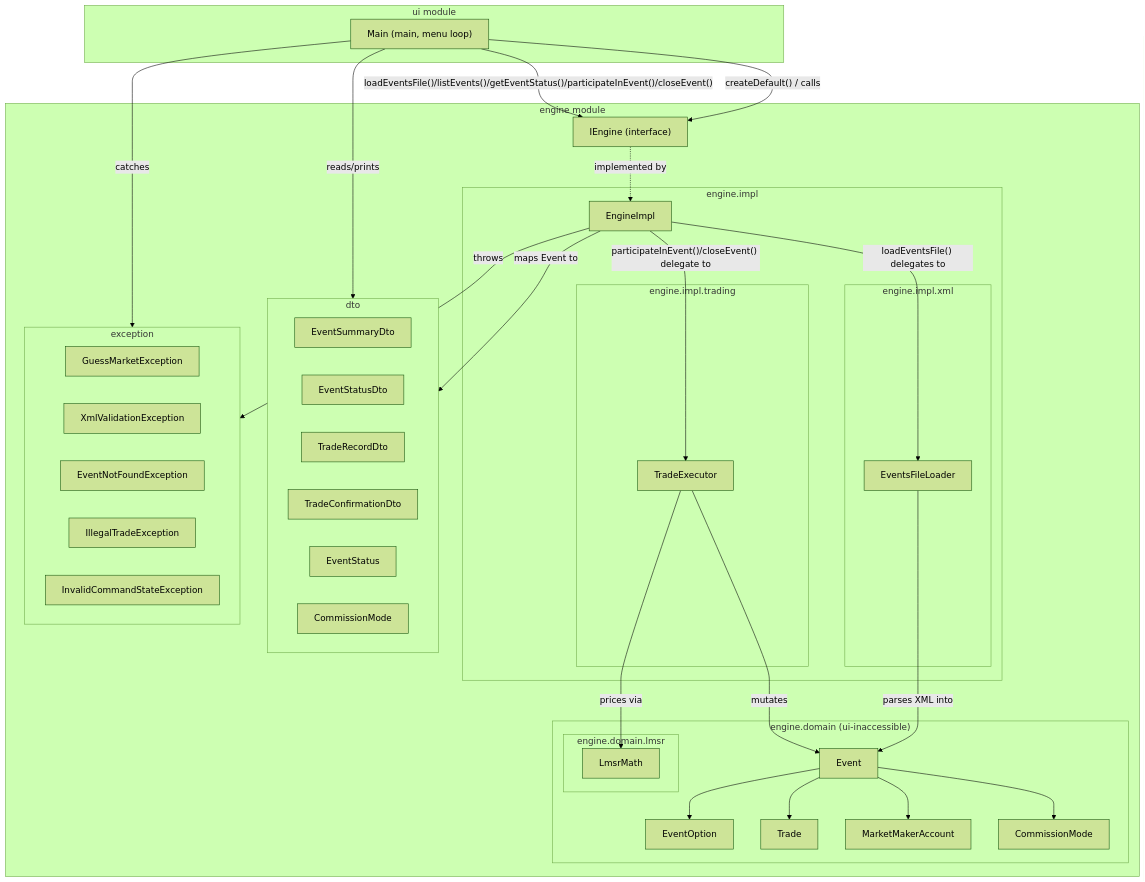
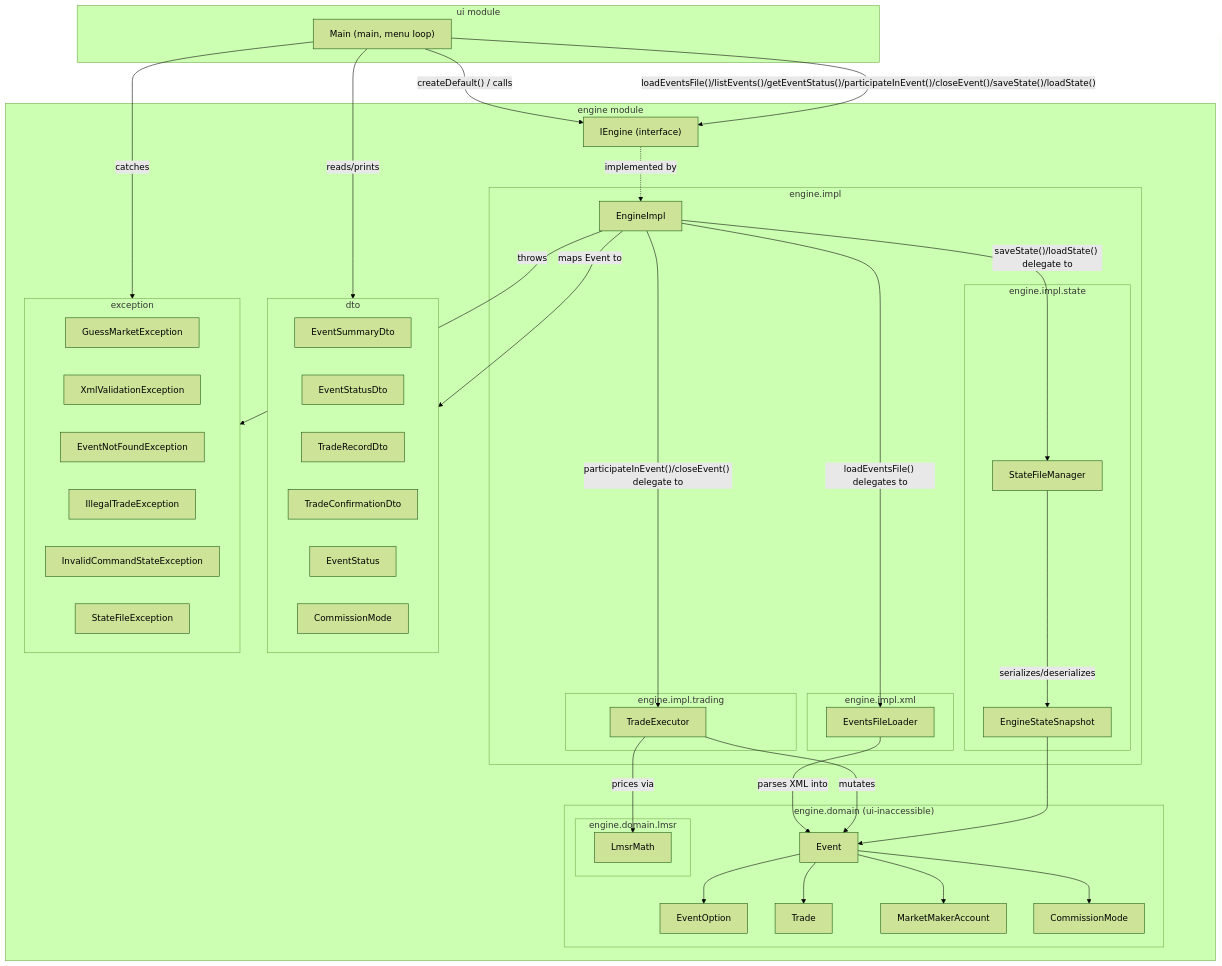
One commit to paz-levi/GuessMarket changed the diagram in ARCHITECTURE.md. Above: the diagram before and after it, drawn with Mermaid (forest theme). The commit also changed other lines of this file and 10 other files, not shown here.

````diff
--- a/ARCHITECTURE.md
+++ b/ARCHITECTURE.md
@@ -6,65 +6,73 @@
 ```mermaid
 flowchart TD
     subgraph UI["ui module"]
         Main["Main (main, menu loop)"]
     end
 
     subgraph ENGINE["engine module"]
         IEngine["IEngine (interface)"]
 
         subgraph IMPL["engine.impl"]
             EngineImpl["EngineImpl"]
             subgraph XML["engine.impl.xml"]
                 EventsFileLoader["EventsFileLoader"]
             end
             subgraph TRADING["engine.impl.trading"]
                 TradeExecutor["TradeExecutor"]
+            end
+            subgraph STATE["engine.impl.state"]
+                StateFileManager["StateFileManager"]
+                EngineStateSnapshot["EngineStateSnapshot"]
             end
         end
 
         subgraph DOMAIN["engine.domain (ui-inaccessible)"]
             Event["Event"]
             EventOption["EventOption"]
             Trade["Trade"]
             MarketMakerAccount["MarketMakerAccount"]
             CommissionMode["CommissionMode"]
             subgraph LMSR["engine.domain.lmsr"]
                 LmsrMath["LmsrMath"]
             end
         end
 
         subgraph DTO["dto"]
             EventSummaryDto["EventSummaryDto"]
             EventStatusDto["EventStatusDto"]
             TradeRecordDto["TradeRecordDto"]
             TradeConfirmationDto["TradeConfirmationDto"]
             EventStatus["EventStatus"]
             DtoCommissionMode["CommissionMode"]
         end
 
         subgraph EXC["exception"]
             GuessMarketException["GuessMarketException"]
             XmlValidationException["XmlValidationException"]
             EventNotFoundException["EventNotFoundException"]
             IllegalTradeException["IllegalTradeException"]
             InvalidCommandStateException["InvalidCommandStateException"]
+            StateFileException["StateFileException"]
         end
     end
 
     Main -->|"createDefault() / calls"| IEngine
     IEngine -.->|"implemented by"| EngineImpl
     EngineImpl -->|"loadEventsFile() delegates to"| EventsFileLoader
     EventsFileLoader -->|"parses XML into"| Event
     Event --> EventOption
     Event --> MarketMakerAccount
     Event --> CommissionMode
     Event --> Trade
     EngineImpl -->|"participateInEvent()/closeEvent() delegate to"| TradeExecutor
     TradeExecutor -->|"prices via"| LmsrMath
     TradeExecutor -->|"mutates"| Event
     EngineImpl -->|"maps Event to"| DTO
     EngineImpl -->|"throws"| EXC
-    Main -->|"loadEventsFile()/listEvents()/getEventStatus()/participateInEvent()/closeEvent()"| IEngine
+    EngineImpl -->|"saveState()/loadState() delegate to"| StateFileManager
+    StateFileManager -->|"serializes/deserializes"| EngineStateSnapshot
+    EngineStateSnapshot --> Event
+    Main -->|"loadEventsFile()/listEvents()/getEventStatus()/participateInEvent()/closeEvent()/saveState()/loadState()"| IEngine
     Main -->|"catches"| EXC
     Main -->|"reads/prints"| DTO
 ```
````
